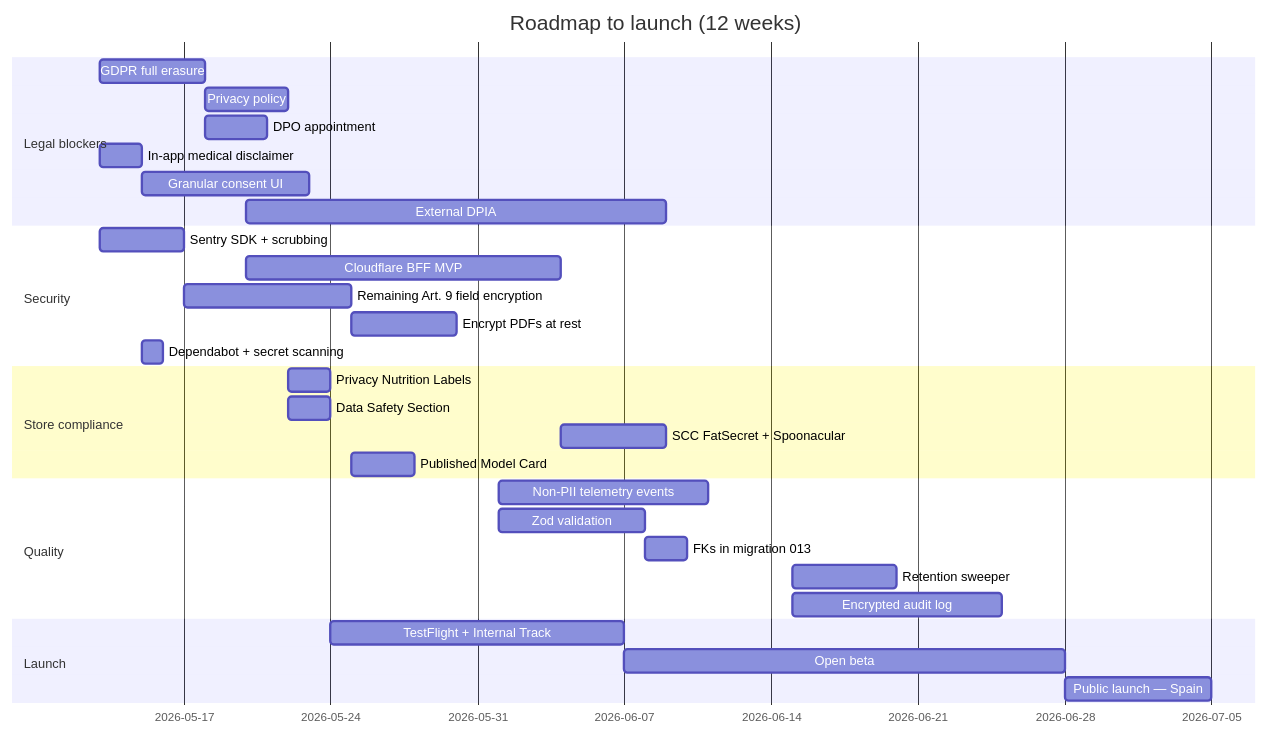
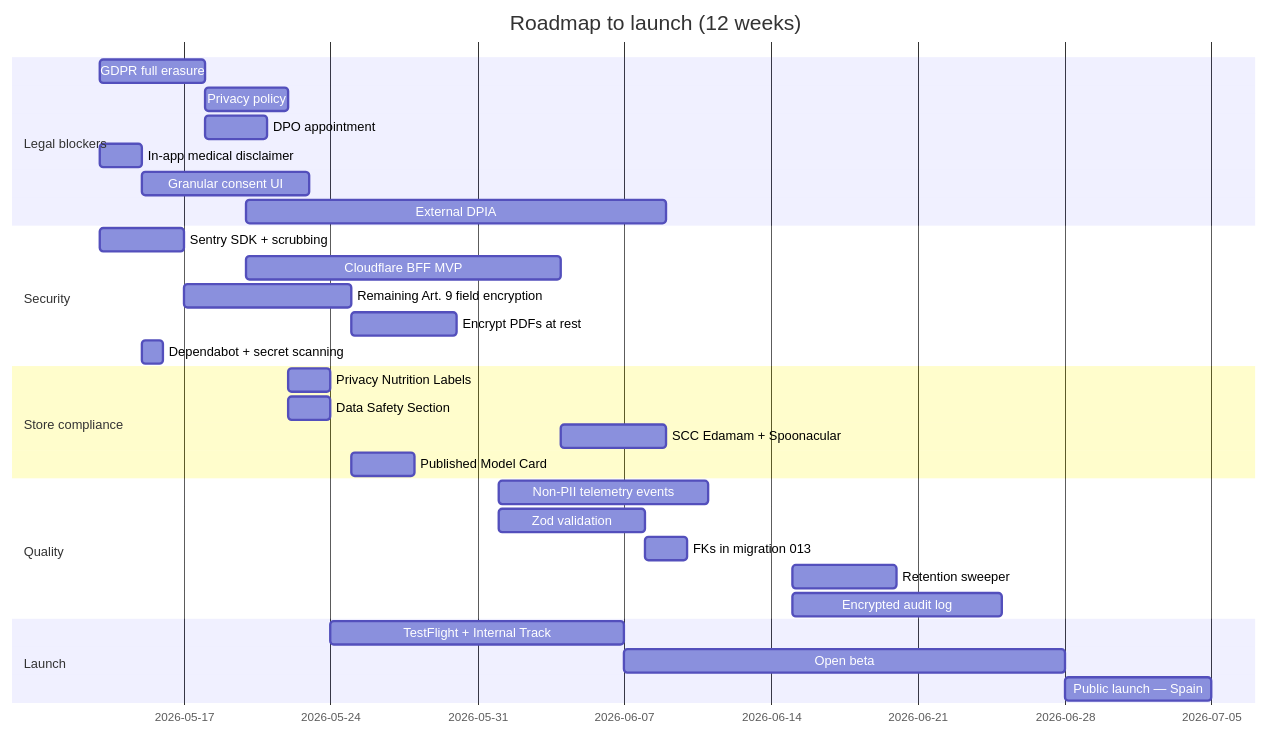
Before and after one commit to antonionc/nutrIAssistant: the diagram in docs/data-architecture/09-improvement-plan.md, drawn with Mermaid. The commit also changed other lines of this file and 18 other files, not shown here.

````diff
--- a/docs/data-architecture/09-improvement-plan.md
+++ b/docs/data-architecture/09-improvement-plan.md
@@ -38,37 +38,37 @@
 ```mermaid
 gantt
     title Roadmap to launch (12 weeks)
     dateFormat YYYY-MM-DD
     section Legal blockers
     GDPR full erasure              :a1, 2026-05-13, 5d
     Privacy policy                 :a2, after a1, 4d
     DPO appointment                :a3, after a1, 3d
     In-app medical disclaimer      :a4, 2026-05-13, 2d
     Granular consent UI            :a5, after a4, 8d
     External DPIA                  :a6, 2026-05-20, 20d
 
     section Security
     Sentry SDK + scrubbing         :b1, 2026-05-13, 4d
     Cloudflare BFF MVP             :b2, 2026-05-20, 15d
     Remaining Art. 9 field encryption :b3, after b1, 8d
     Encrypt PDFs at rest           :b4, after b3, 5d
     Dependabot + secret scanning   :b5, 2026-05-15, 1d
 
     section Store compliance
     Privacy Nutrition Labels       :c1, after a2, 2d
     Data Safety Section            :c2, after a2, 2d
-    SCC FatSecret + Spoonacular    :c3, after b2, 5d
+    SCC Edamam + Spoonacular       :c3, after b2, 5d
     Published Model Card           :c4, 2026-05-25, 3d
 
     section Quality
     Non-PII telemetry events       :d1, 2026-06-01, 10d
     Zod validation                 :d2, 2026-06-01, 7d
     FKs in migration 013           :d3, 2026-06-08, 2d
     Retention sweeper              :d4, 2026-06-15, 5d
     Encrypted audit log            :d5, 2026-06-15, 10d
 
     section Launch
     TestFlight + Internal Track    :e1, after c1, 14d
     Open beta                      :e2, after e1, 21d
     Public launch — Spain          :e3, after e2, 7d
 ```
````
